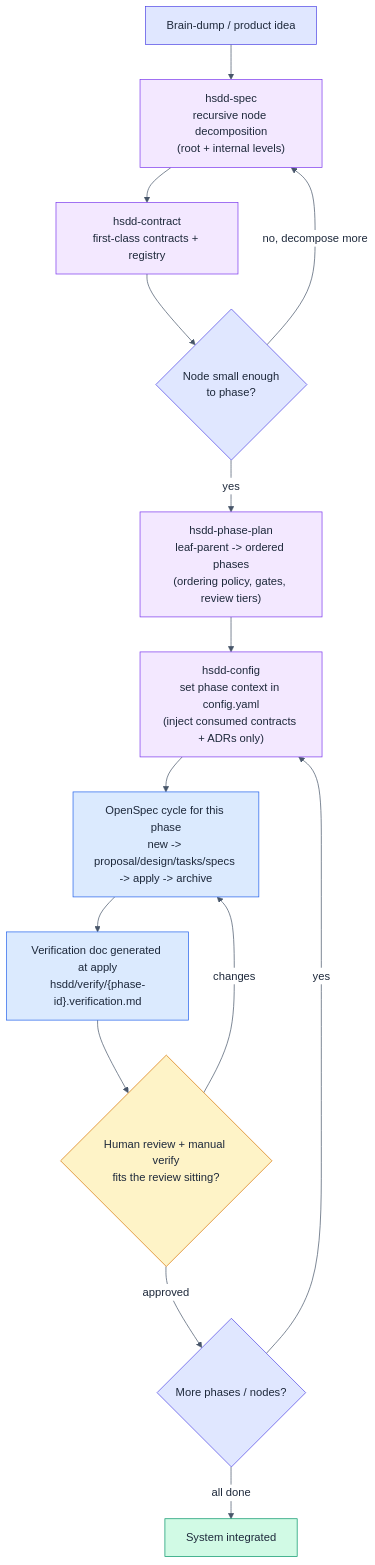
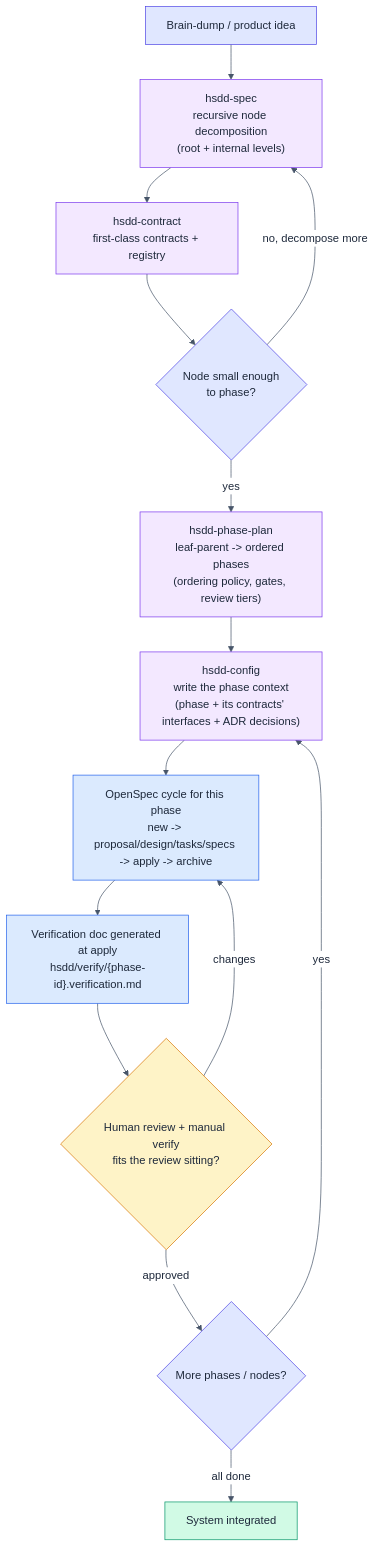
The fourth of 4 diagrams in spec/hsdd-spec-v0_10.md (mpurbo/hsdd), drawn with Mermaid before and after one commit. The commit also changed other lines of this file, not shown here.

Commit message:
spec(v0.10): one description of the phase context; conventions lines; layout, trigger table and glossary agree with the skills

````diff
--- a/spec/hsdd-spec-v0_10.md
+++ b/spec/hsdd-spec-v0_10.md
@@ -715,36 +717,36 @@
 ```mermaid
 %%{init:{'theme':'base','themeVariables':{'primaryTextColor':'#1e293b','lineColor':'#475569','edgeLabelBackground':'#ffffff','tertiaryTextColor':'#1e293b'}}}%%
 flowchart TD
     bd["Brain-dump / product idea"]
     decompose["hsdd-spec<br/>recursive node decomposition<br/>(root + internal levels)"]
     contracts["hsdd-contract<br/>first-class contracts + registry"]
     leaf{"Node small enough<br/>to phase?"}
     phaseplan["hsdd-phase-plan<br/>leaf-parent -> ordered phases<br/>(ordering policy, gates, review tiers)"]
-    config["hsdd-config<br/>set phase context in config.yaml<br/>(inject consumed contracts + ADRs only)"]
+    config["hsdd-config<br/>write the phase context<br/>(phase + its contracts' interfaces + ADR decisions)"]
     cycle["OpenSpec cycle for this phase<br/>new -> proposal/design/tasks/specs -> apply -> archive"]
     verify["Verification doc generated at apply<br/>hsdd/verify/{phase-id}.verification.md"]
     gate{"Human review + manual verify<br/>fits the review sitting?"}
     more{"More phases / nodes?"}
     done["System integrated"]
 
     bd --> decompose --> contracts
     contracts --> leaf
     leaf -- no, decompose more --> decompose
     leaf -- yes --> phaseplan --> config --> cycle --> verify --> gate
     gate -- changes --> cycle
     gate -- approved --> more
     more -- yes --> config
     more -- all done --> done
 
     style bd fill:#e0e7ff,stroke:#4f46e5,color:#1e293b
     style decompose fill:#f3e8ff,stroke:#7c3aed,color:#1e293b
     style contracts fill:#f3e8ff,stroke:#7c3aed,color:#1e293b
     style leaf fill:#e0e7ff,stroke:#4f46e5,color:#1e293b
     style phaseplan fill:#f3e8ff,stroke:#7c3aed,color:#1e293b
     style config fill:#f3e8ff,stroke:#7c3aed,color:#1e293b
     style cycle fill:#dbeafe,stroke:#2563eb,color:#1e293b
     style verify fill:#dbeafe,stroke:#2563eb,color:#1e293b
     style gate fill:#fef3c7,stroke:#d97706,color:#1e293b
     style more fill:#e0e7ff,stroke:#4f46e5,color:#1e293b
     style done fill:#d1fae5,stroke:#059669,color:#1e293b
 ```
````
